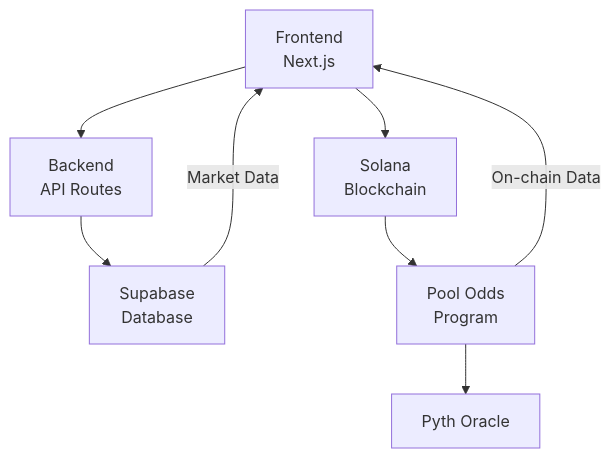
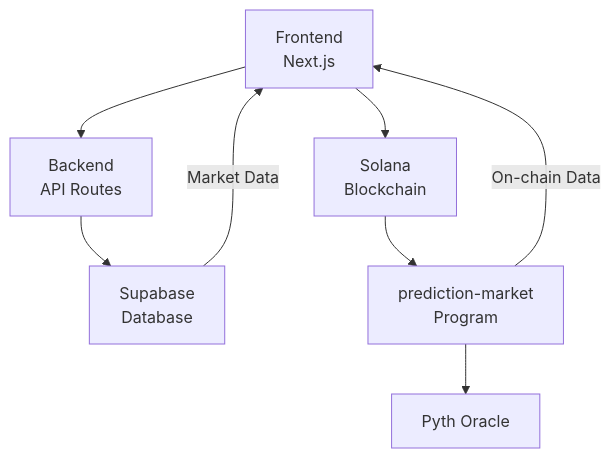
The first of 3 diagrams in README.md (0xTan1319/prediction-market-fe-be-solana), drawn with Mermaid before and after one commit.

````diff
--- a/README.md
+++ b/README.md
@@ -5,10 +5,10 @@
 ```mermaid
 flowchart TD
     A[Frontend\nNext.js] --> B[Backend\nAPI Routes]
     B --> C[Supabase\nDatabase]
     A --> D[Solana\nBlockchain]
-    D --> E[Pool Odds\nProgram]
+    D --> E[prediction-market\nProgram]
     E --> F[Pyth Oracle]
     C -->|Market Data| A
     E -->|On-chain Data| A
 ```
````
